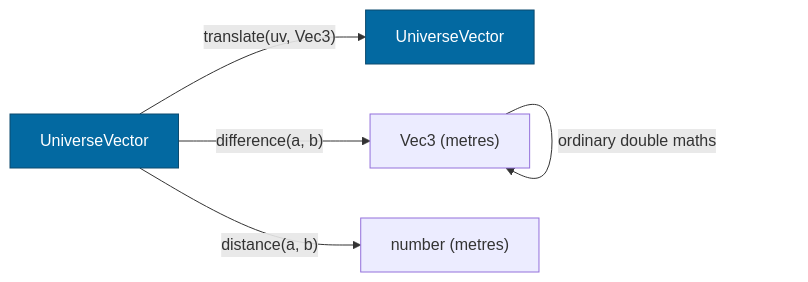
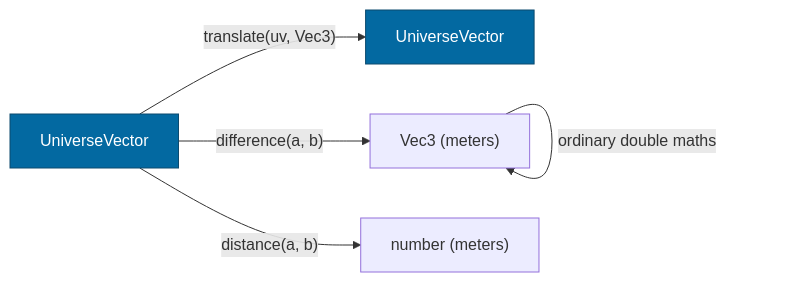
One commit to jonjaques/inertialref changed the fourth of 4 diagrams in docs/concepts/coordinates.md. Above: the diagram before and after it, drawn with Mermaid. The commit also changed other lines of this file and 83 other files, not shown here.

````diff
--- a/docs/concepts/coordinates.md
+++ b/docs/concepts/coordinates.md
@@ -139,10 +139,10 @@
 ```mermaid
 flowchart LR
     UV1["UniverseVector"] -->|"translate(uv, Vec3)"| UV2["UniverseVector"]
-    UV1 -->|"difference(a, b)"| V["Vec3 (metres)"]
-    UV1 -->|"distance(a, b)"| S["number (metres)"]
+    UV1 -->|"difference(a, b)"| V["Vec3 (meters)"]
+    UV1 -->|"distance(a, b)"| S["number (meters)"]
     V -->|"ordinary double maths"| V
 
     style UV1 fill:#0369a1,stroke:#0c4a6e,color:#fff
     style UV2 fill:#0369a1,stroke:#0c4a6e,color:#fff
 ```
````
